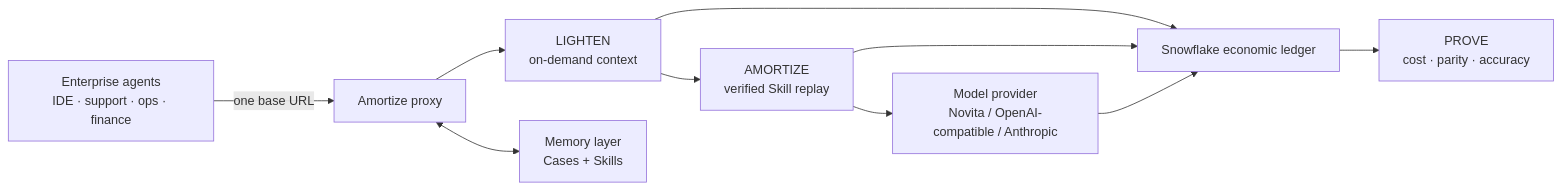
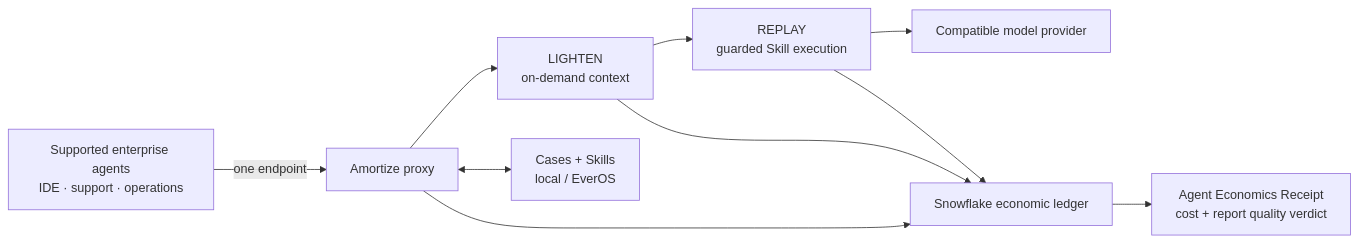
Before and after one commit to vraj00222/Amort: the diagram in submission/README.md, drawn with Mermaid. The commit also changed other lines of this file and 18 other files, not shown here.

````diff
--- a/submission/README.md
+++ b/submission/README.md
@@ -141,12 +198,12 @@
 ```mermaid
 flowchart LR
-    A["Enterprise agents\nIDE · support · ops · finance"] -->|"one base URL"| P["Amortize proxy"]
+    A["Supported enterprise agents\nIDE · support · operations"] -->|"one endpoint"| P["Amortize proxy"]
     P --> L["LIGHTEN\non-demand context"]
-    L --> R["AMORTIZE\nverified Skill replay"]
-    R --> M["Model provider\nNovita / OpenAI-compatible / Anthropic"]
-    P <--> E["Memory layer\nCases + Skills"]
-    L --> S["Snowflake economic ledger"]
+    L --> R["REPLAY\nguarded Skill execution"]
+    R --> M["Compatible model provider"]
+    P <--> E["Cases + Skills\nlocal / EverOS"]
+    P --> S["Snowflake economic ledger"]
+    L --> S
     R --> S
-    M --> S
-    S --> D["PROVE\ncost · parity · accuracy"]
+    S --> D["Agent Economics Receipt\ncost + report quality verdict"]
 ```
````
